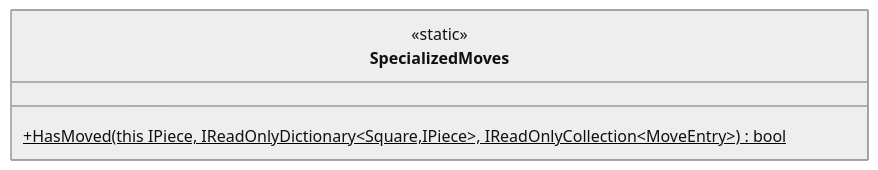
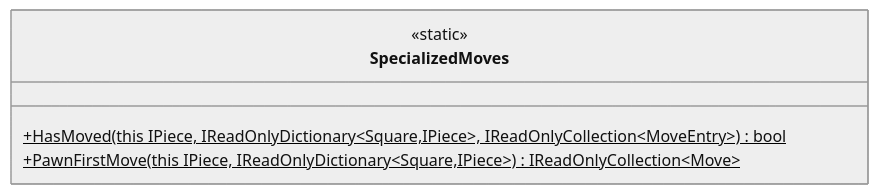
Before and after one commit to JeanLColombo/Mate: the sixth of 6 diagrams in UML Diagram/Core/Extensions.md, drawn with Mermaid (neutral theme). The commit also changed 3 other files, not shown here.

Commit message:
SpecializedMoves.PawnFirstMove() implemented

````diff
--- a/UML Diagram/Core/Extensions.md
+++ b/UML Diagram/Core/Extensions.md
@@ -45,7 +45,8 @@
 ```mermaid
     classDiagram
     class SpecializedMoves{
         <<static>>
         +HasMoved(this IPiece, IReadOnlyDictionary~Square,IPiece~, IReadOnlyCollection~MoveEntry~)$ bool 
+        +PawnFirstMove(this IPiece, IReadOnlyDictionary~Square,IPiece~)$ IReadOnlyCollection~Move~
     }
 ```
````
